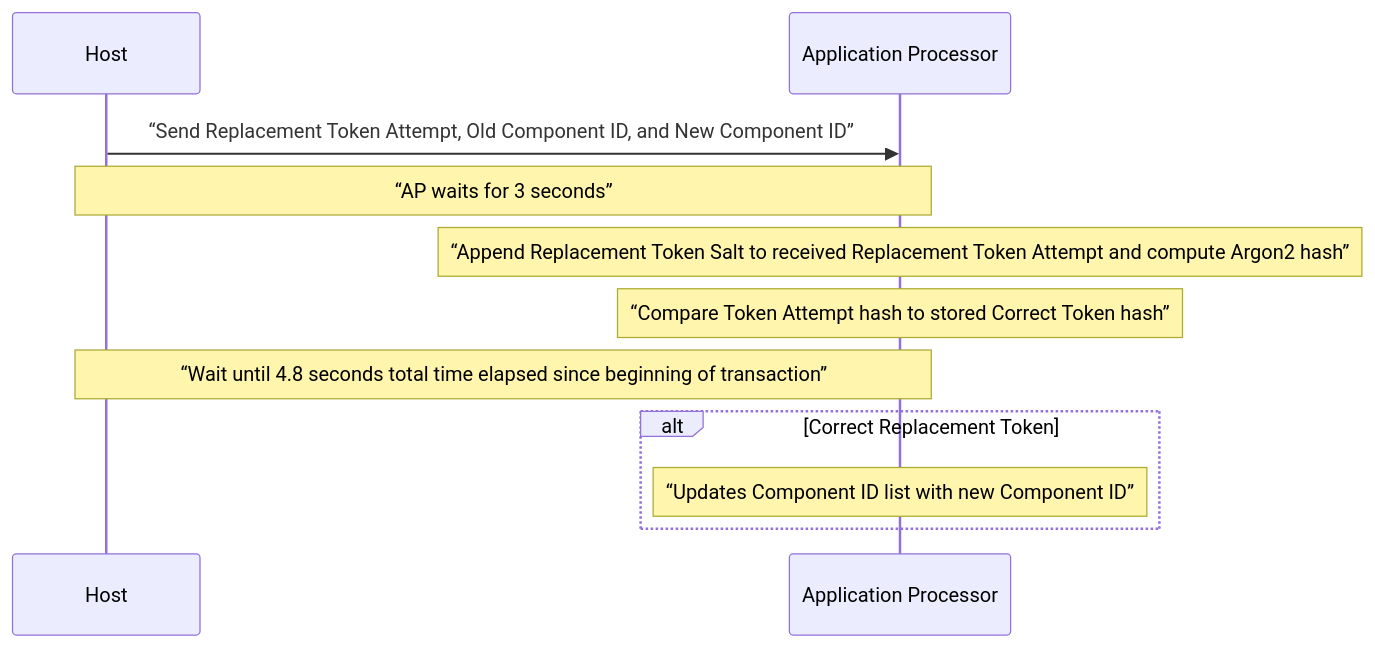
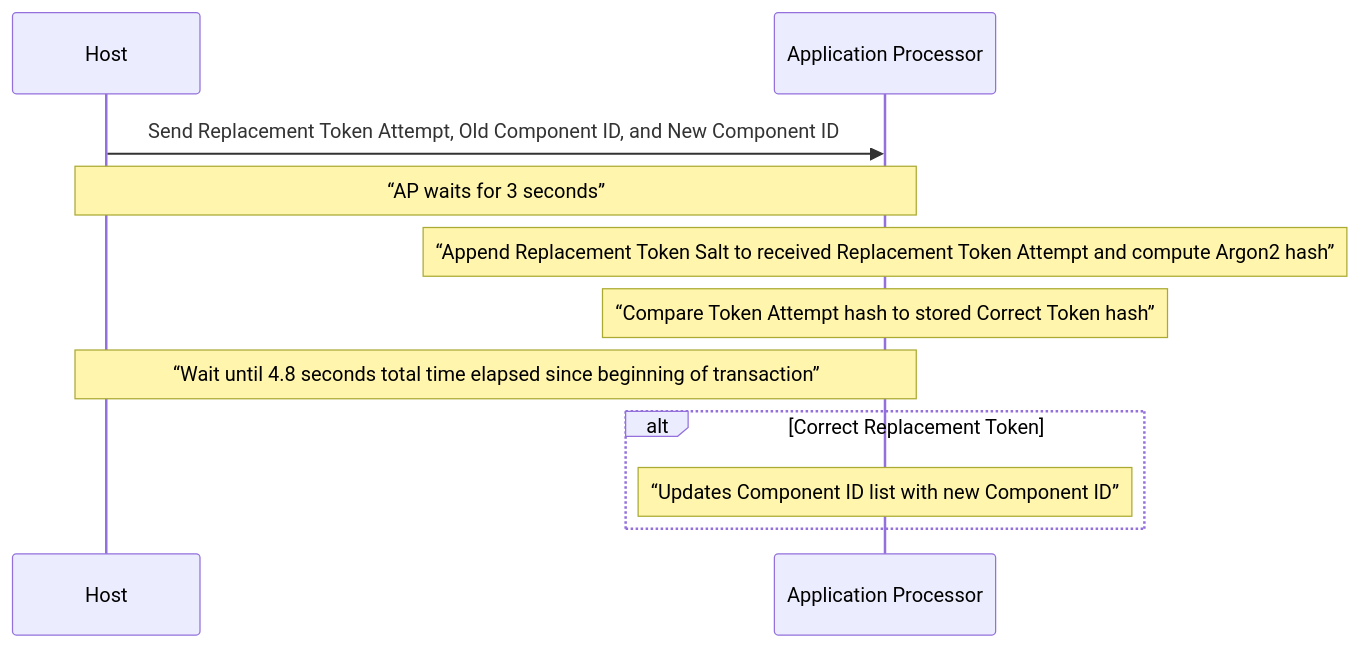
The second of 3 diagrams in docs/misc_protocol.md (sigpwny/2024-ectf-uiuc), drawn with Mermaid before and after one commit.

````diff
--- a/docs/misc_protocol.md
+++ b/docs/misc_protocol.md
@@ -59,14 +59,14 @@
 ```mermaid
 sequenceDiagram
   participant H as Host
   participant AP as Application Processor
-  H ->> AP: “Send Replacement Token Attempt, Old Component ID, and New Component ID”
+  H ->> AP: Send Replacement Token Attempt, Old Component ID, and New Component ID
   Note over H, AP: “AP waits for 3 seconds”
   Note over AP	: “Append Replacement Token Salt to received Replacement Token Attempt and compute Argon2 hash”
   Note over AP: “Compare Token Attempt hash to stored Correct Token hash”
   Note over H, AP: “Wait until 4.8 seconds total time elapsed since beginning of transaction”
   alt Correct Replacement Token
      Note over AP: “Updates Component ID list with new Component ID”
   end 
 
 ```
````
